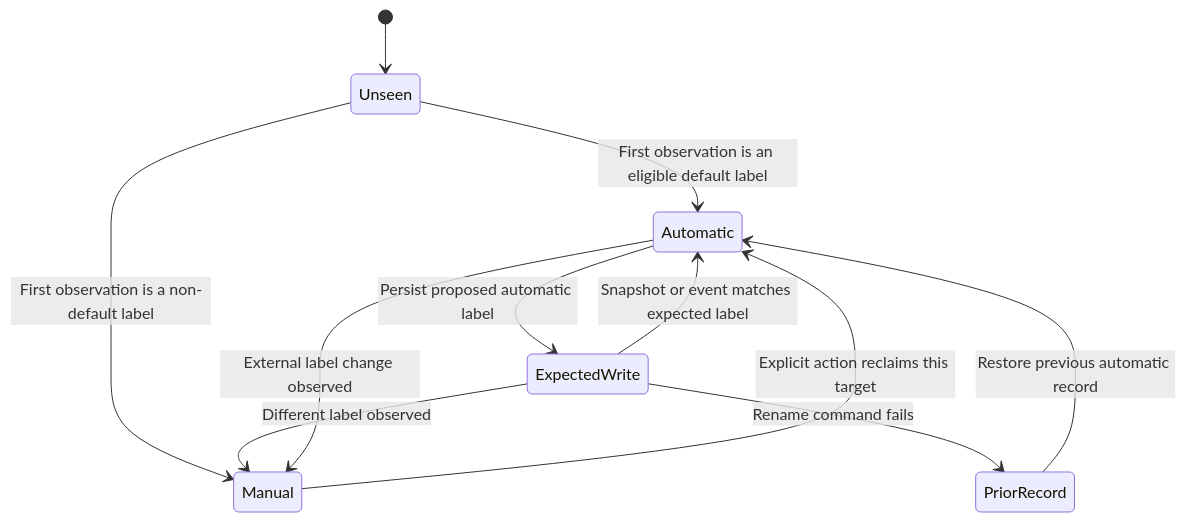
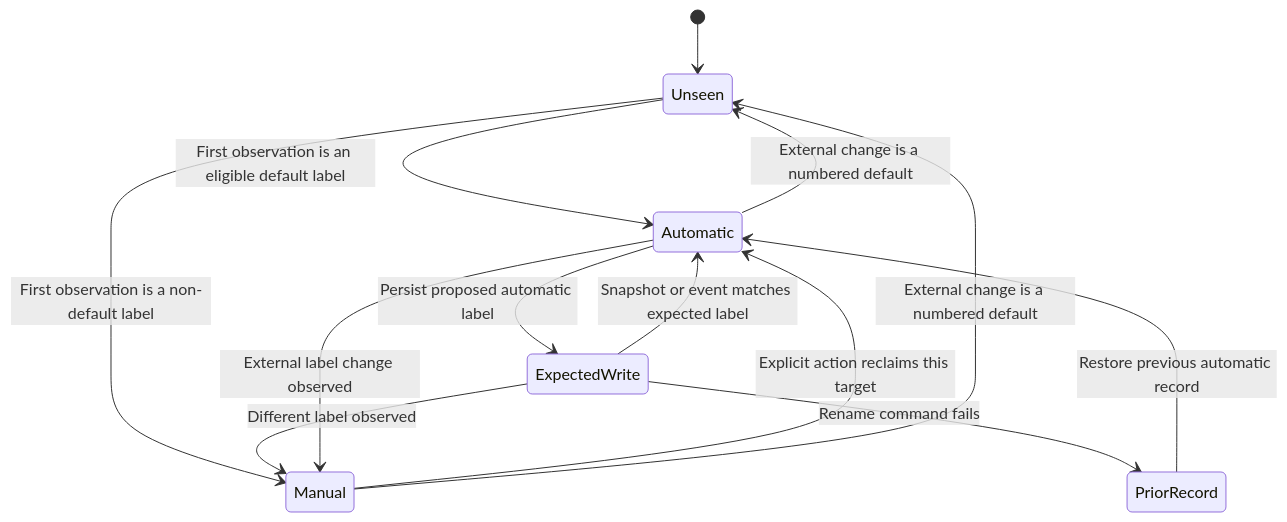
The first of 2 diagrams in ai-artifacts/architecture/ownership-and-concurrency.md (iurysza/herdr-tab-smart-rename), drawn with Mermaid before and after one commit. The commit also changed other lines of this file and 2 other files, not shown here.

Commit message:
fix: address review — typed param, real superseded-write test, accurate comments

````diff
--- a/ai-artifacts/architecture/ownership-and-concurrency.md
+++ b/ai-artifacts/architecture/ownership-and-concurrency.md
@@ -11,13 +11,15 @@
 ```mermaid
 stateDiagram-v2
     [*] --> Unseen
     Unseen --> Automatic: First observation is an eligible default label
     Unseen --> Manual: First observation is a non-default label
     Automatic --> ExpectedWrite: Persist proposed automatic label
     ExpectedWrite --> Automatic: Snapshot or event matches expected label
     ExpectedWrite --> Manual: Different label observed
     Automatic --> Manual: External label change observed
     Manual --> Automatic: Explicit action reclaims this target
+    Automatic --> Unseen: External change is a numbered default
+    Manual --> Unseen: External change is a numbered default
     ExpectedWrite --> PriorRecord: Rename command fails
     PriorRecord --> Automatic: Restore previous automatic record
 ```
````
